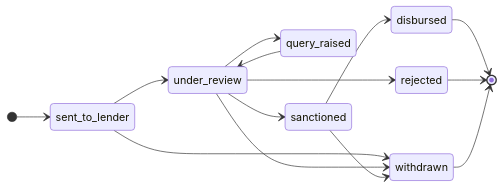
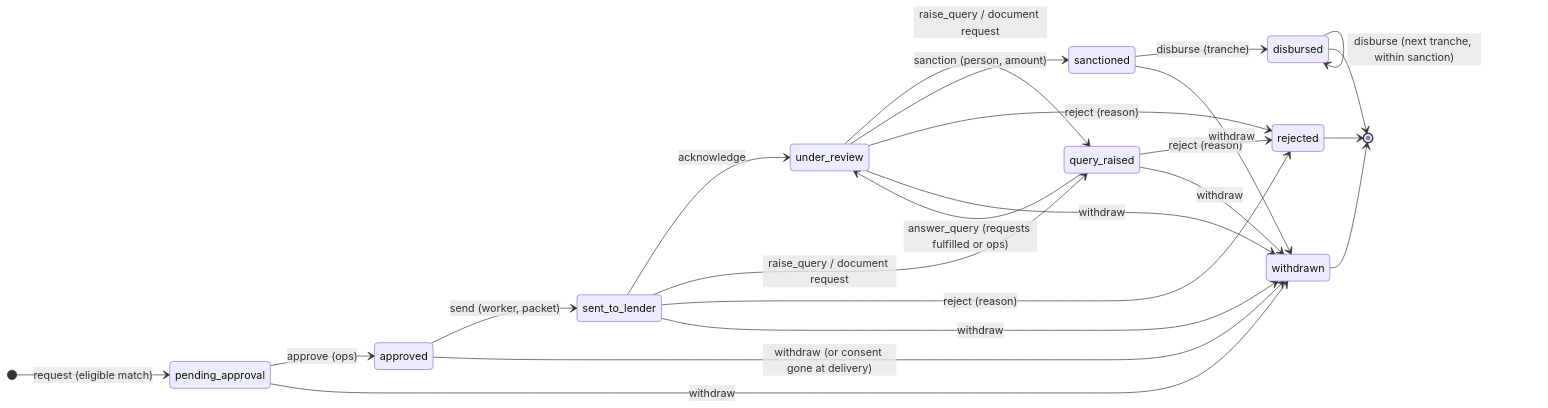
Diagram 14 of 15 in docs/ARCHITECTURE.md (Shaikhfaruk/fundenflo), drawn with Mermaid before and after one commit. The commit also changed other lines of this file and 102 other files, not shown here.

First line of the commit message:
M6b: lender submissions, packets, lender decisions and document requests

````diff
--- a/docs/ARCHITECTURE.md
+++ b/docs/ARCHITECTURE.md
@@ -482,17 +483,26 @@
 ```mermaid
 stateDiagram-v2
   direction LR
-  [*] --> sent_to_lender
-  sent_to_lender --> under_review
-  under_review --> query_raised
-  query_raised --> under_review
-  under_review --> sanctioned
-  under_review --> rejected
-  sanctioned --> disbursed
-  sent_to_lender --> withdrawn
-  under_review --> withdrawn
-  sanctioned --> withdrawn
+  [*] --> pending_approval: request (eligible match)
+  pending_approval --> approved: approve (ops)
+  approved --> sent_to_lender: send (worker, packet)
+  sent_to_lender --> under_review: acknowledge
+  sent_to_lender --> query_raised: raise_query / document request
+  under_review --> query_raised: raise_query / document request
+  query_raised --> under_review: answer_query (requests fulfilled or ops)
+  under_review --> sanctioned: sanction (person, amount)
+  sanctioned --> disbursed: disburse (tranche)
+  disbursed --> disbursed: disburse (next tranche, within sanction)
+  sent_to_lender --> rejected: reject (reason)
+  under_review --> rejected: reject (reason)
+  query_raised --> rejected: reject (reason)
+  pending_approval --> withdrawn: withdraw
+  approved --> withdrawn: withdraw (or consent gone at delivery)
+  sent_to_lender --> withdrawn: withdraw
+  under_review --> withdrawn: withdraw
+  query_raised --> withdrawn: withdraw
+  sanctioned --> withdrawn: withdraw
   disbursed --> [*]
   rejected --> [*]
   withdrawn --> [*]
 ```
````
